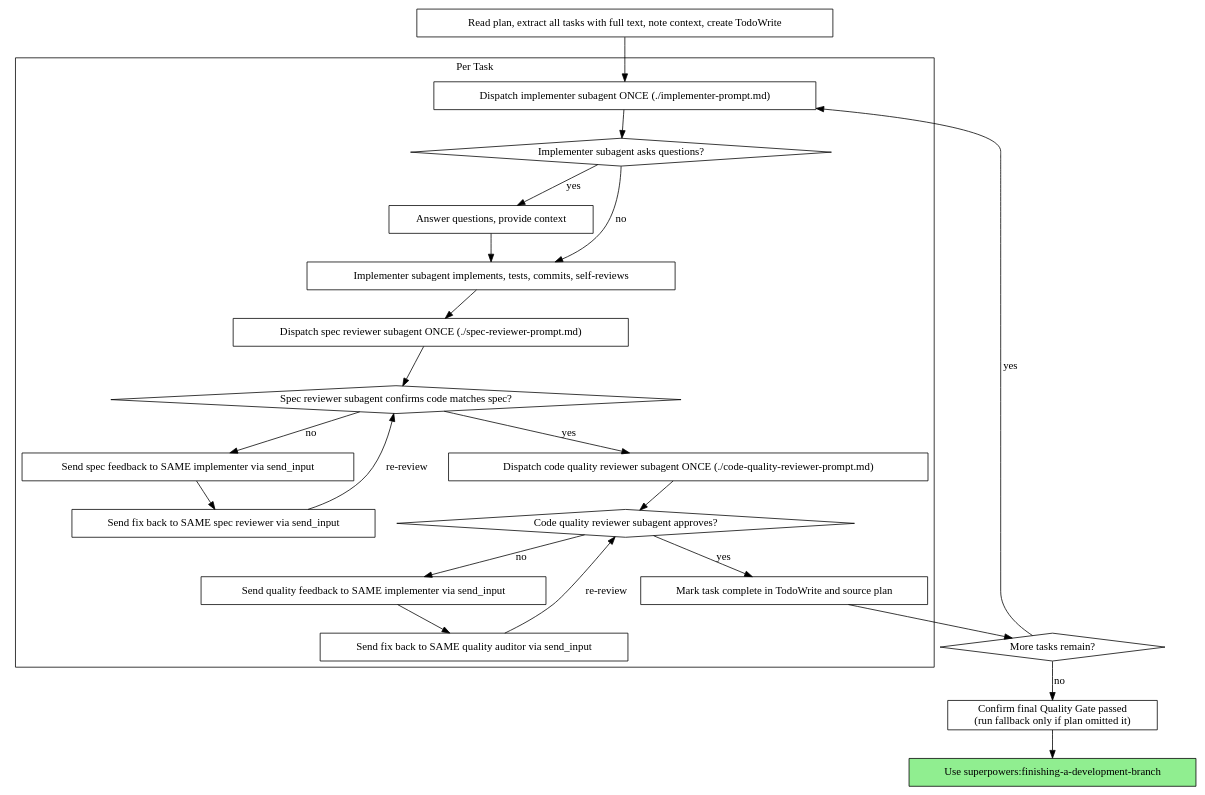
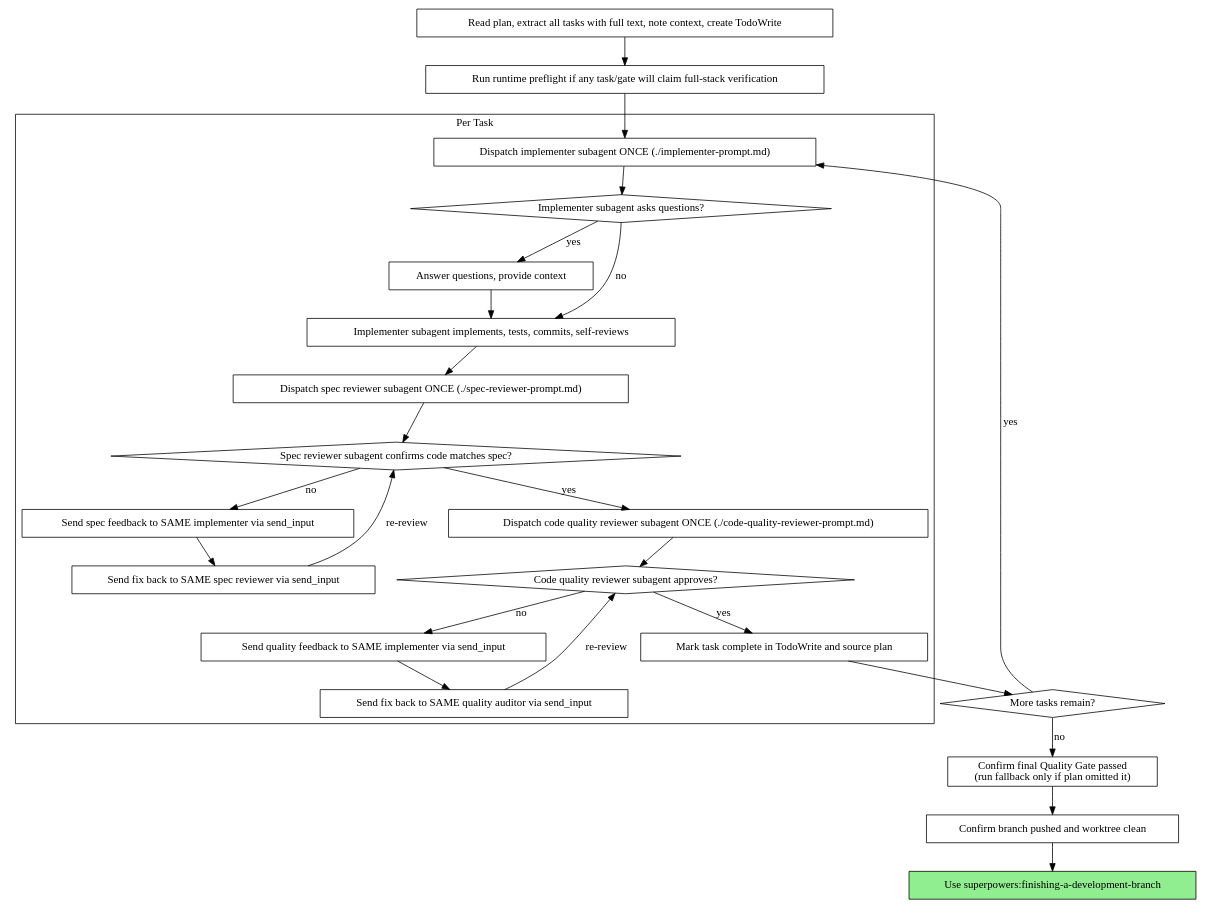
Before and after one commit to mlk1278/superpowers-workstack: the second of 3 diagrams in skills/subagent-driven-development/SKILL.md, drawn with Graphviz. The commit also changed other lines of this file and 16 other files, not shown here.

````diff
--- a/skills/subagent-driven-development/SKILL.md
+++ b/skills/subagent-driven-development/SKILL.md
@@ -41,48 +47,52 @@
 ```dot
 digraph process {
     rankdir=TB;
 
     subgraph cluster_per_task {
         label="Per Task";
         "Dispatch implementer subagent ONCE (./implementer-prompt.md)" [shape=box];
         "Implementer subagent asks questions?" [shape=diamond];
         "Answer questions, provide context" [shape=box];
         "Implementer subagent implements, tests, commits, self-reviews" [shape=box];
         "Dispatch spec reviewer subagent ONCE (./spec-reviewer-prompt.md)" [shape=box];
         "Spec reviewer subagent confirms code matches spec?" [shape=diamond];
         "Send spec feedback to SAME implementer via send_input" [shape=box];
         "Send fix back to SAME spec reviewer via send_input" [shape=box];
         "Dispatch code quality reviewer subagent ONCE (./code-quality-reviewer-prompt.md)" [shape=box];
         "Code quality reviewer subagent approves?" [shape=diamond];
         "Send quality feedback to SAME implementer via send_input" [shape=box];
         "Send fix back to SAME quality auditor via send_input" [shape=box];
         "Mark task complete in TodoWrite and source plan" [shape=box];
     }
 
     "Read plan, extract all tasks with full text, note context, create TodoWrite" [shape=box];
+    "Run runtime preflight if any task/gate will claim full-stack verification" [shape=box];
     "More tasks remain?" [shape=diamond];
     "Confirm final Quality Gate passed\n(run fallback only if plan omitted it)" [shape=box];
+    "Confirm branch pushed and worktree clean" [shape=box];
     "Use superpowers:finishing-a-development-branch" [shape=box style=filled fillcolor=lightgreen];
 
-    "Read plan, extract all tasks with full text, note context, create TodoWrite" -> "Dispatch implementer subagent ONCE (./implementer-prompt.md)";
+    "Read plan, extract all tasks with full text, note context, create TodoWrite" -> "Run runtime preflight if any task/gate will claim full-stack verification";
+    "Run runtime preflight if any task/gate will claim full-stack verification" -> "Dispatch implementer subagent ONCE (./implementer-prompt.md)";
     "Dispatch implementer subagent ONCE (./implementer-prompt.md)" -> "Implementer subagent asks questions?";
     "Implementer subagent asks questions?" -> "Answer questions, provide context" [label="yes"];
     "Answer questions, provide context" -> "Implementer subagent implements, tests, commits, self-reviews";
     "Implementer subagent asks questions?" -> "Implementer subagent implements, tests, commits, self-reviews" [label="no"];
     "Implementer subagent implements, tests, commits, self-reviews" -> "Dispatch spec reviewer subagent ONCE (./spec-reviewer-prompt.md)";
     "Dispatch spec reviewer subagent ONCE (./spec-reviewer-prompt.md)" -> "Spec reviewer subagent confirms code matches spec?";
     "Spec reviewer subagent confirms code matches spec?" -> "Send spec feedback to SAME implementer via send_input" [label="no"];
     "Send spec feedback to SAME implementer via send_input" -> "Send fix back to SAME spec reviewer via send_input";
     "Send fix back to SAME spec reviewer via send_input" -> "Spec reviewer subagent confirms code matches spec?" [label="re-review"];
     "Spec reviewer subagent confirms code matches spec?" -> "Dispatch code quality reviewer subagent ONCE (./code-quality-reviewer-prompt.md)" [label="yes"];
     "Dispatch code quality reviewer subagent ONCE (./code-quality-reviewer-prompt.md)" -> "Code quality reviewer subagent approves?";
     "Code quality reviewer subagent approves?" -> "Send quality feedback to SAME implementer via send_input" [label="no"];
     "Send quality feedback to SAME implementer via send_input" -> "Send fix back to SAME quality auditor via send_input";
     "Send fix back to SAME quality auditor via send_input" -> "Code quality reviewer subagent approves?" [label="re-review"];
     "Code quality reviewer subagent approves?" -> "Mark task complete in TodoWrite and source plan" [label="yes"];
     "Mark task complete in TodoWrite and source plan" -> "More tasks remain?";
     "More tasks remain?" -> "Dispatch implementer subagent ONCE (./implementer-prompt.md)" [label="yes"];
     "More tasks remain?" -> "Confirm final Quality Gate passed\n(run fallback only if plan omitted it)" [label="no"];
-    "Confirm final Quality Gate passed\n(run fallback only if plan omitted it)" -> "Use superpowers:finishing-a-development-branch";
+    "Confirm final Quality Gate passed\n(run fallback only if plan omitted it)" -> "Confirm branch pushed and worktree clean";
+    "Confirm branch pushed and worktree clean" -> "Use superpowers:finishing-a-development-branch";
 }
 ```
````
